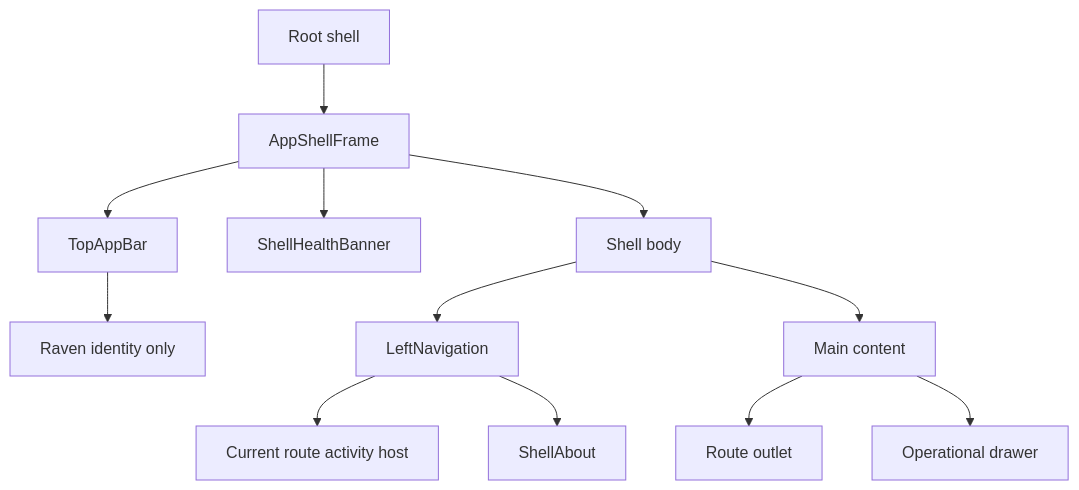
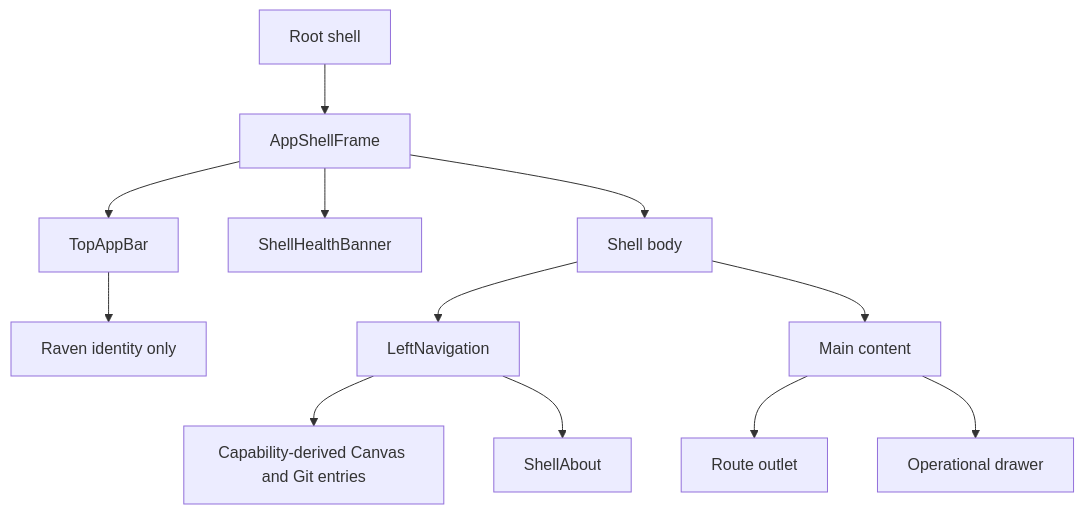
One commit to dunay2/dvt changed the first of 22 diagrams in docs/architecture/components/web/appshell/app-shell.md. Above: the diagram before and after it, drawn with Mermaid. The commit also changed other lines of this file and 30 other files, not shown here.

````diff
--- a/docs/architecture/components/web/appshell/app-shell.md
+++ b/docs/architecture/components/web/appshell/app-shell.md
@@ -41,14 +41,14 @@
 ```mermaid
 flowchart TB
   Root["Root shell"] --> Frame["AppShellFrame"]
   Frame --> TopBar["TopAppBar"]
   TopBar --> Identity["Raven identity only"]
-  Nav --> Activity["Current route activity host"]
+  Nav --> Activity["Capability-derived Canvas and Git entries"]
   Nav --> About["ShellAbout"]
   Frame --> Health["ShellHealthBanner"]
   Frame --> Body["Shell body"]
   Body --> Nav["LeftNavigation"]
   Body --> Main["Main content"]
   Main --> Outlet["Route outlet"]
   Main --> Operations["Operational drawer"]
 ```
````
